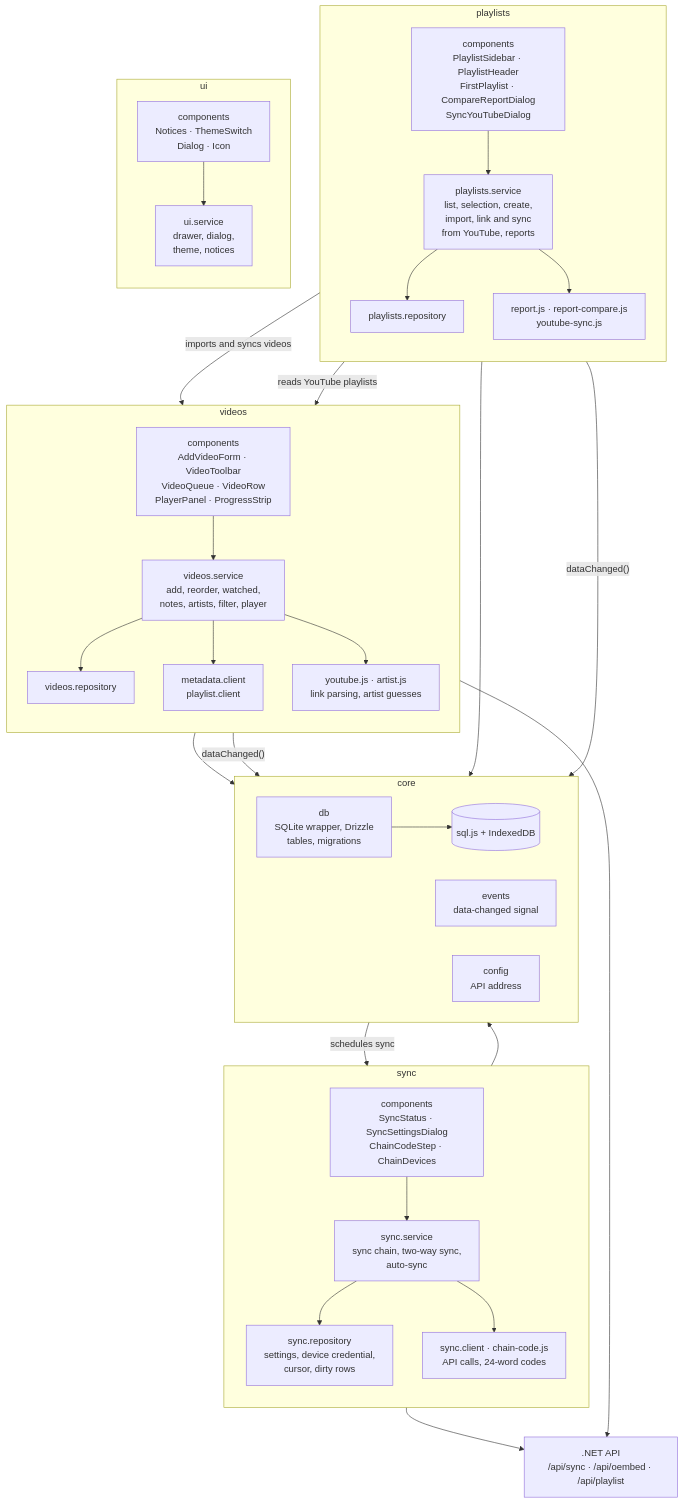
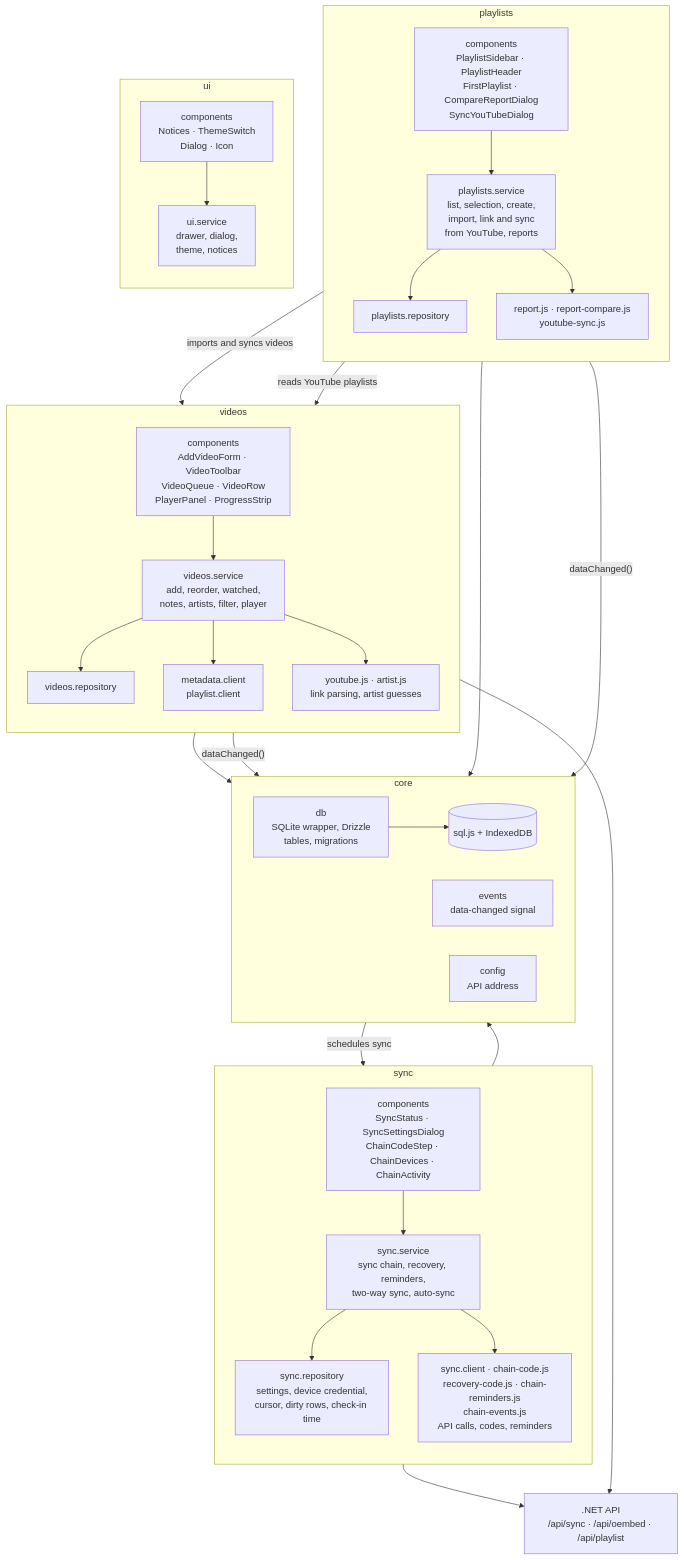
One commit to jestra52/yt-playlist-manager changed the first of 3 diagrams in docs/architecture.md. Above: the diagram before and after it, drawn with Mermaid. The commit also changed other lines of this file and 57 other files, not shown here.

First line of the commit message:
Sync chain recovery: recovery codes, recovery hook, audit log

````diff
--- a/docs/architecture.md
+++ b/docs/architecture.md
@@ -11,61 +11,61 @@
 ```mermaid
 flowchart TB
     subgraph playlists["playlists"]
         direction TB
         pComp["components<br/>PlaylistSidebar · PlaylistHeader<br/>FirstPlaylist · CompareReportDialog<br/>SyncYouTubeDialog"]
         pSvc["playlists.service<br/>list, selection, create,<br/>import, link and sync<br/>from YouTube, reports"]
         pRepo["playlists.repository"]
         pRules["report.js · report-compare.js<br/>youtube-sync.js"]
         pComp --> pSvc --> pRepo
         pSvc --> pRules
     end
 
     subgraph videos["videos"]
         direction TB
         vComp["components<br/>AddVideoForm · VideoToolbar<br/>VideoQueue · VideoRow<br/>PlayerPanel · ProgressStrip"]
         vSvc["videos.service<br/>add, reorder, watched,<br/>notes, artists, filter, player"]
         vRepo["videos.repository"]
         vClients["metadata.client<br/>playlist.client"]
         vRules["youtube.js · artist.js<br/>link parsing, artist guesses"]
         vComp --> vSvc
         vSvc --> vRepo
         vSvc --> vClients
         vSvc --> vRules
     end
 
     subgraph sync["sync"]
         direction TB
-        sComp["components<br/>SyncStatus · SyncSettingsDialog<br/>ChainCodeStep · ChainDevices"]
-        sSvc["sync.service<br/>sync chain, two-way sync,<br/>auto-sync"]
-        sRepo["sync.repository<br/>settings, device credential,<br/>cursor, dirty rows"]
-        sClient["sync.client · chain-code.js<br/>API calls, 24-word codes"]
+        sComp["components<br/>SyncStatus · SyncSettingsDialog<br/>ChainCodeStep · ChainDevices · ChainActivity"]
+        sSvc["sync.service<br/>sync chain, recovery, reminders,<br/>two-way sync, auto-sync"]
+        sRepo["sync.repository<br/>settings, device credential,<br/>cursor, dirty rows, check-in time"]
+        sClient["sync.client · chain-code.js<br/>recovery-code.js · chain-reminders.js<br/>chain-events.js<br/>API calls, codes, reminders"]
         sComp --> sSvc
         sSvc --> sRepo
         sSvc --> sClient
     end
 
     subgraph ui["ui"]
         direction TB
         uComp["components<br/>Notices · ThemeSwitch<br/>Dialog · Icon"]
         uSvc["ui.service<br/>drawer, dialog,<br/>theme, notices"]
         uComp --> uSvc
     end
 
     subgraph core["core"]
         direction LR
         db["db<br/>SQLite wrapper, Drizzle<br/>tables, migrations"]
         storage[("sql.js + IndexedDB")]
         events["events<br/>data-changed signal"]
         config["config<br/>API address"]
         db --> storage
     end
 
     api[".NET API<br/>/api/sync · /api/oembed · /api/playlist"]
 
     pSvc -- "imports and syncs videos" --> vSvc
     pSvc -- "reads YouTube playlists" --> vClients
     pRepo & vRepo & sRepo --> db
     pSvc & vSvc -- "dataChanged()" --> events
     events -- "schedules sync" --> sSvc
     vClients & sClient --> api
 ```
````
